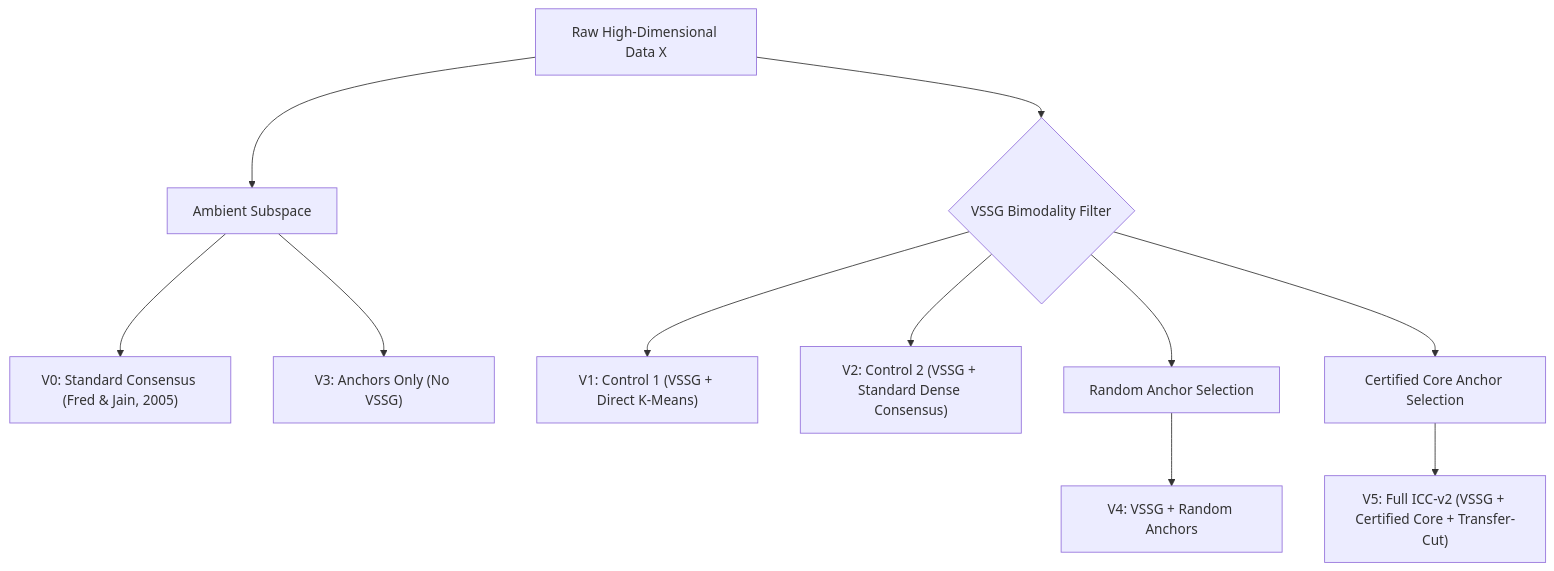
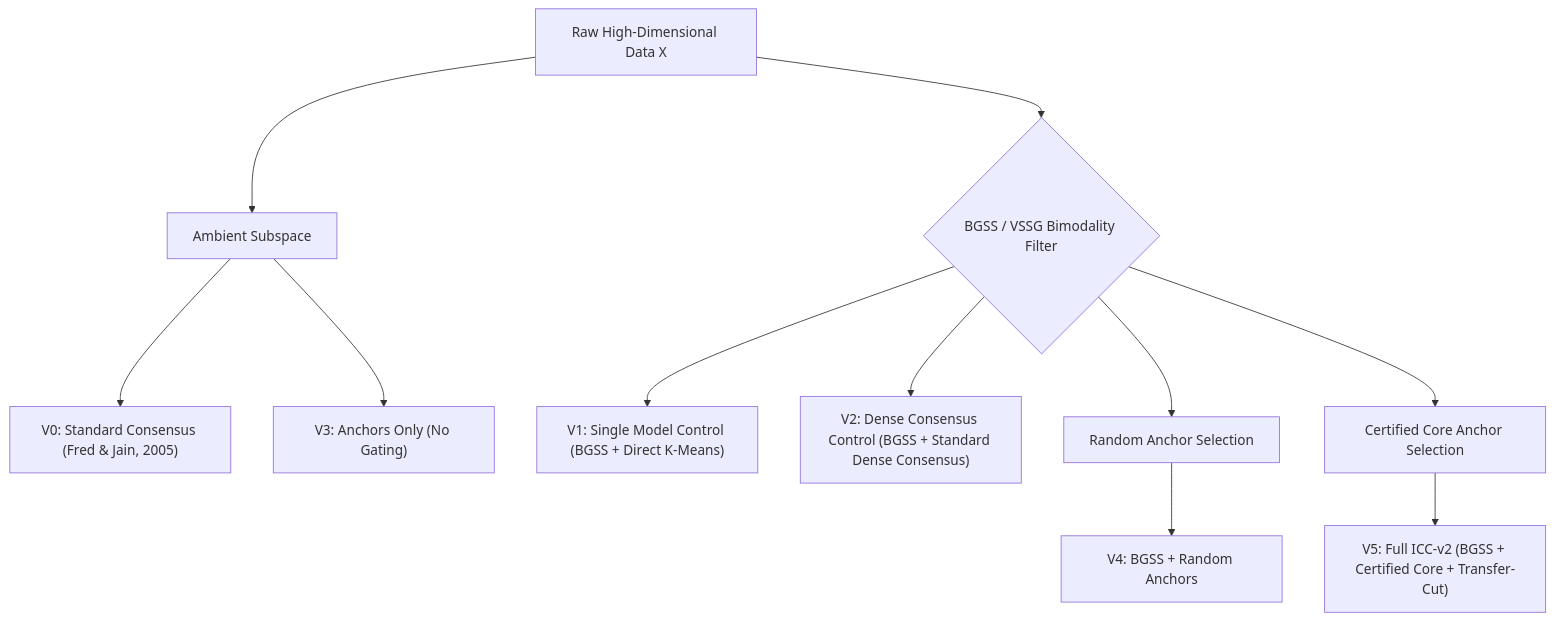
One commit to AkashKundu114/icc-clustering changed the diagram in docs/audit_reports/remediation_reports/03_ablation_variants_and_controls.md. Above: the diagram before and after it, drawn with Mermaid. The commit also changed other lines of this file and 142 other files, not shown here.

````diff
--- a/docs/audit_reports/remediation_reports/03_ablation_variants_and_controls.md
+++ b/docs/audit_reports/remediation_reports/03_ablation_variants_and_controls.md
@@ -21,16 +25,16 @@
 ```mermaid
 flowchart TD
-    Raw[Raw High-Dimensional Data X] --> VSSG{VSSG Bimodality Filter}
-    Raw --> Ambient[Ambient Subspace]
+    Raw["Raw High-Dimensional Data X"] --> VSSG{"BGSS / VSSG Bimodality Filter"}
+    Raw --> Ambient["Ambient Subspace"]
     
     Ambient --> V0["V0: Standard Consensus (Fred & Jain, 2005)"]
-    Ambient --> V3["V3: Anchors Only (No VSSG)"]
+    Ambient --> V3["V3: Anchors Only (No Gating)"]
     
-    VSSG --> V1["V1: Control 1 (VSSG + Direct K-Means)"]
-    VSSG --> V2["V2: Control 2 (VSSG + Standard Dense Consensus)"]
-    VSSG --> RandomAnchors[Random Anchor Selection]
-    VSSG --> CoreAnchors[Certified Core Anchor Selection]
+    VSSG --> V1["V1: Single Model Control (BGSS + Direct K-Means)"]
+    VSSG --> V2["V2: Dense Consensus Control (BGSS + Standard Dense Consensus)"]
+    VSSG --> RandomAnchors["Random Anchor Selection"]
+    VSSG --> CoreAnchors["Certified Core Anchor Selection"]
     
-    RandomAnchors --> V4["V4: VSSG + Random Anchors"]
-    CoreAnchors --> V5["V5: Full ICC-v2 (VSSG + Certified Core + Transfer-Cut)"]
+    RandomAnchors --> V4["V4: BGSS + Random Anchors"]
+    CoreAnchors --> V5["V5: Full ICC-v2 (BGSS + Certified Core + Transfer-Cut)"]
 ```
````
